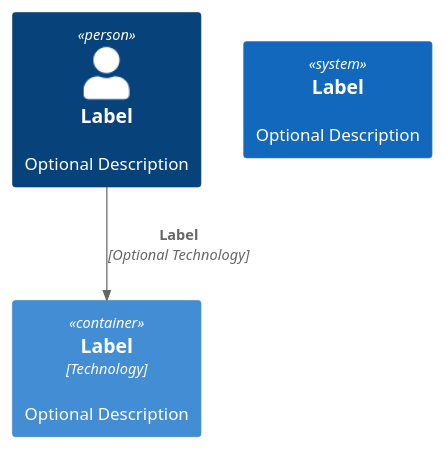
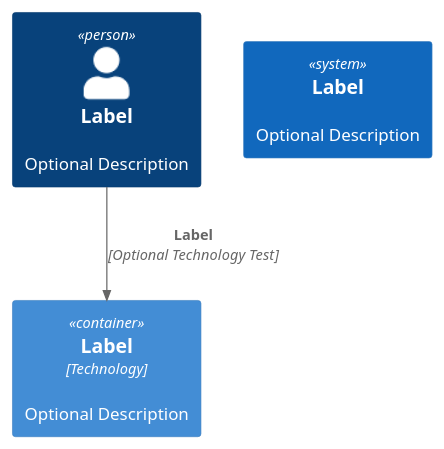
The diagram in diagrams/maze.puml (budgiedownunder/maze), drawn with PlantUML before and after one commit. The commit also changed 1 other file, not shown here.

Commit message:
Another workflow test

```diff
--- a/diagrams/maze.puml
+++ b/diagrams/maze.puml
@@ -1,9 +1,9 @@
 @startuml maze_project
-!include C4_Container.puml
+!include https://raw.githubusercontent.com/plantuml-stdlib/C4-PlantUML/master/C4_Container.puml
 
 Person(personAlias, "Label", "Optional Description")
 Container(containerAlias, "Label", "Technology", "Optional Description")
 System(systemAlias, "Label", "Optional Description")
 
-Rel(personAlias, containerAlias, "Label", "Optional Technology")
+Rel(personAlias, containerAlias, "Label", "Optional Technology Test")
 @enduml
```
